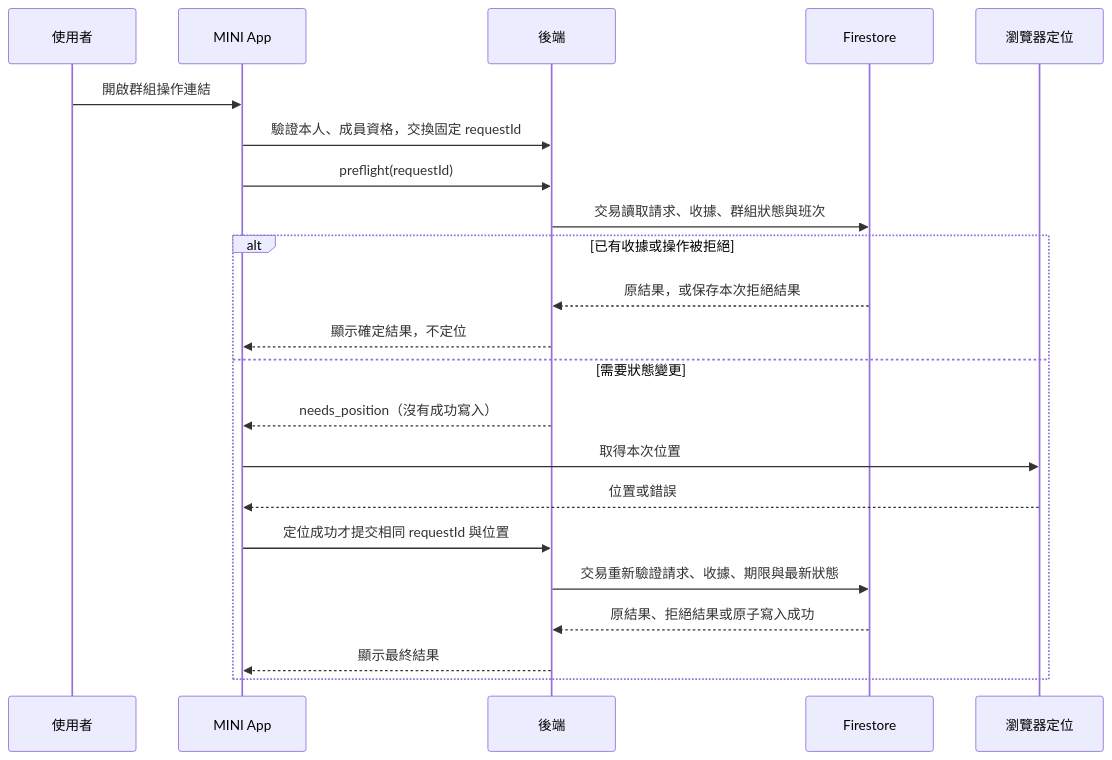
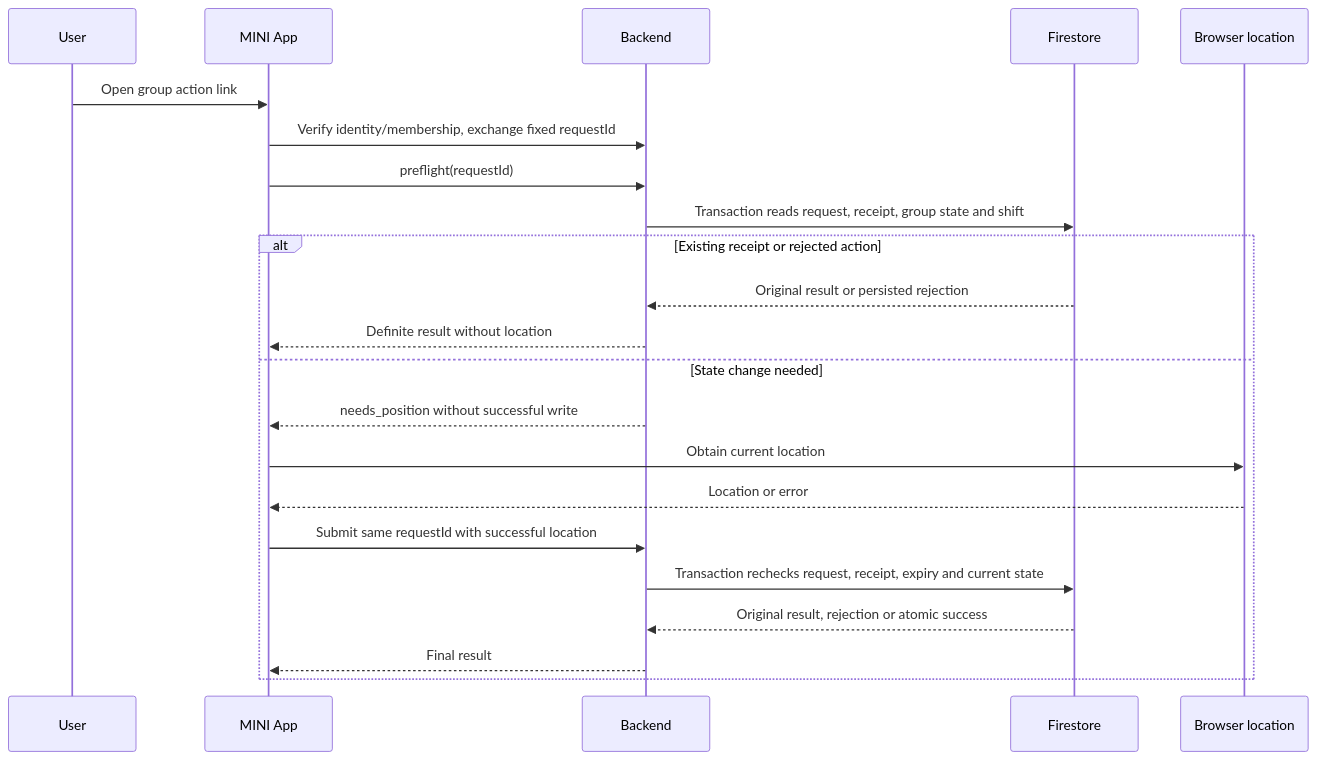
Before and after one commit to 963sup/line-mini-app-bot: diagram 12 of 15 in docs/domains/attendance/README.md, drawn with Mermaid. The commit also changed other lines of this file and 341 other files, not shown here.

````diff
--- a/docs/domains/attendance/README.md
+++ b/docs/domains/attendance/README.md
@@ -197,24 +211,24 @@
 ```mermaid
 sequenceDiagram
-  participant U as 使用者
+  participant U as User
   participant W as MINI App
-  participant A as 後端
+  participant A as Backend
   participant D as Firestore
-  participant G as 瀏覽器定位
-  U->>W: 開啟群組操作連結
-  W->>A: 驗證本人、成員資格，交換固定 requestId
+  participant G as Browser location
+  U->>W: Open group action link
+  W->>A: Verify identity/membership, exchange fixed requestId
   W->>A: preflight(requestId)
-  A->>D: 交易讀取請求、收據、群組狀態與班次
-  alt 已有收據或操作被拒絕
-    D-->>A: 原結果，或保存本次拒絕結果
-    A-->>W: 顯示確定結果，不定位
-  else 需要狀態變更
-    A-->>W: needs_position（沒有成功寫入）
-    W->>G: 取得本次位置
-    G-->>W: 位置或錯誤
-    W->>A: 定位成功才提交相同 requestId 與位置
-    A->>D: 交易重新驗證請求、收據、期限與最新狀態
-    D-->>A: 原結果、拒絕結果或原子寫入成功
-    A-->>W: 顯示最終結果
+  A->>D: Transaction reads request, receipt, group state and shift
+  alt Existing receipt or rejected action
+    D-->>A: Original result or persisted rejection
+    A-->>W: Definite result without location
+  else State change needed
+    A-->>W: needs_position without successful write
+    W->>G: Obtain current location
+    G-->>W: Location or error
+    W->>A: Submit same requestId with successful location
+    A->>D: Transaction rechecks request, receipt, expiry and current state
+    D-->>A: Original result, rejection or atomic success
+    A-->>W: Final result
   end
 ```
````
